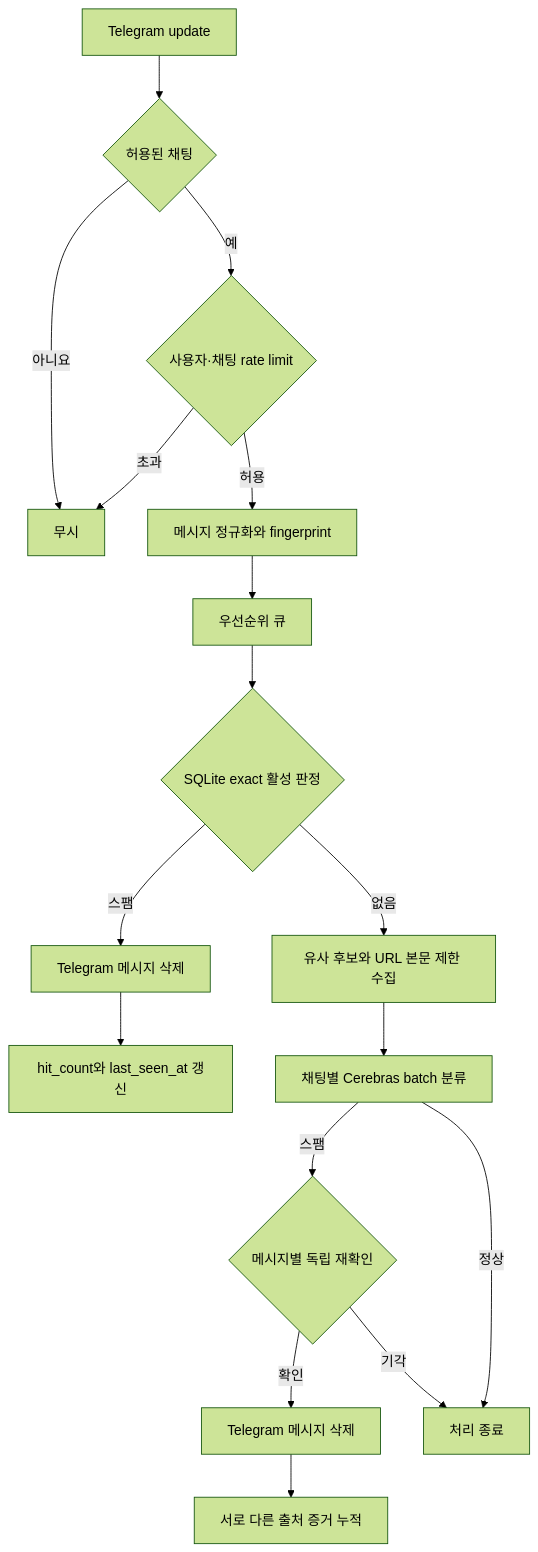
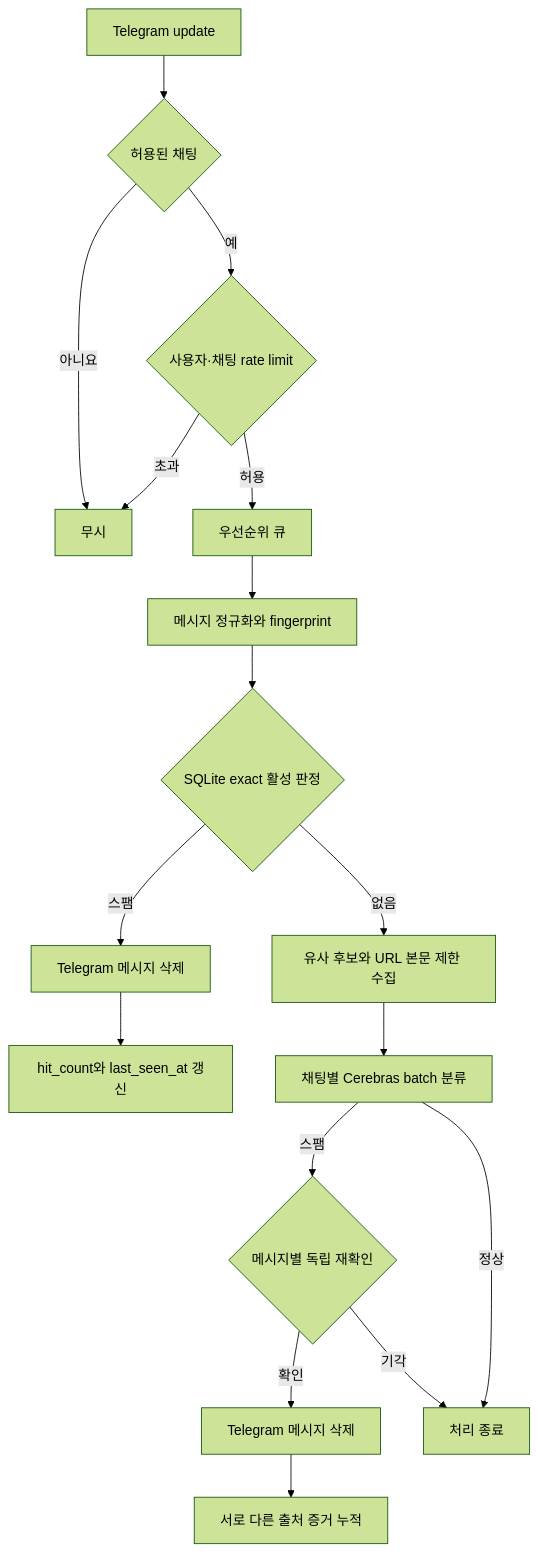
The first of 5 diagrams in docs/ARCHITECTURE.md (yldst-dev/fuckyou-spam-rs), drawn with Mermaid (forest theme) before and after one commit. The commit also changed other lines of this file and 46 other files, not shown here.

Commit message:
Refactor architecture and Dokploy runtime

````diff
--- a/docs/ARCHITECTURE.md
+++ b/docs/ARCHITECTURE.md
@@ -12,19 +12,19 @@
 ```mermaid
 flowchart TD
     A["Telegram update"] --> B{"허용된 채팅"}
     B -->|"아니요"| C["무시"]
     B -->|"예"| R{"사용자·채팅 rate limit"}
     R -->|"초과"| C
-    R -->|"허용"| D["메시지 정규화와 fingerprint"]
-    D --> E["우선순위 큐"]
-    E --> F{"SQLite exact 활성 판정"}
+    R -->|"허용"| E["우선순위 큐"]
+    E --> D["메시지 정규화와 fingerprint"]
+    D --> F{"SQLite exact 활성 판정"}
     F -->|"스팸"| G["Telegram 메시지 삭제"]
     G --> H["hit_count와 last_seen_at 갱신"]
     F -->|"없음"| I["유사 후보와 URL 본문 제한 수집"]
     I --> J["채팅별 Cerebras batch 분류"]
     J -->|"스팸"| N{"메시지별 독립 재확인"}
     N -->|"확인"| K["Telegram 메시지 삭제"]
     N -->|"기각"| M["처리 종료"]
     K --> L["서로 다른 출처 증거 누적"]
     J -->|"정상"| M["처리 종료"]
 ```
````
